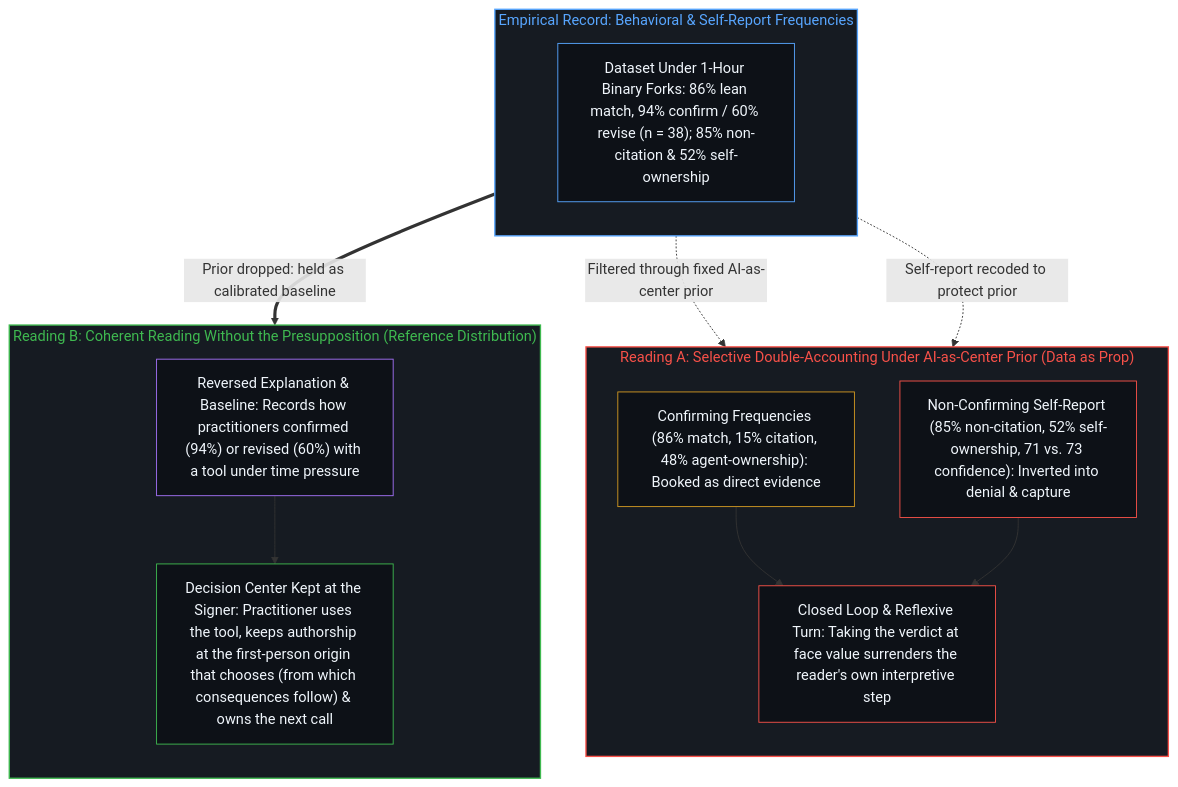
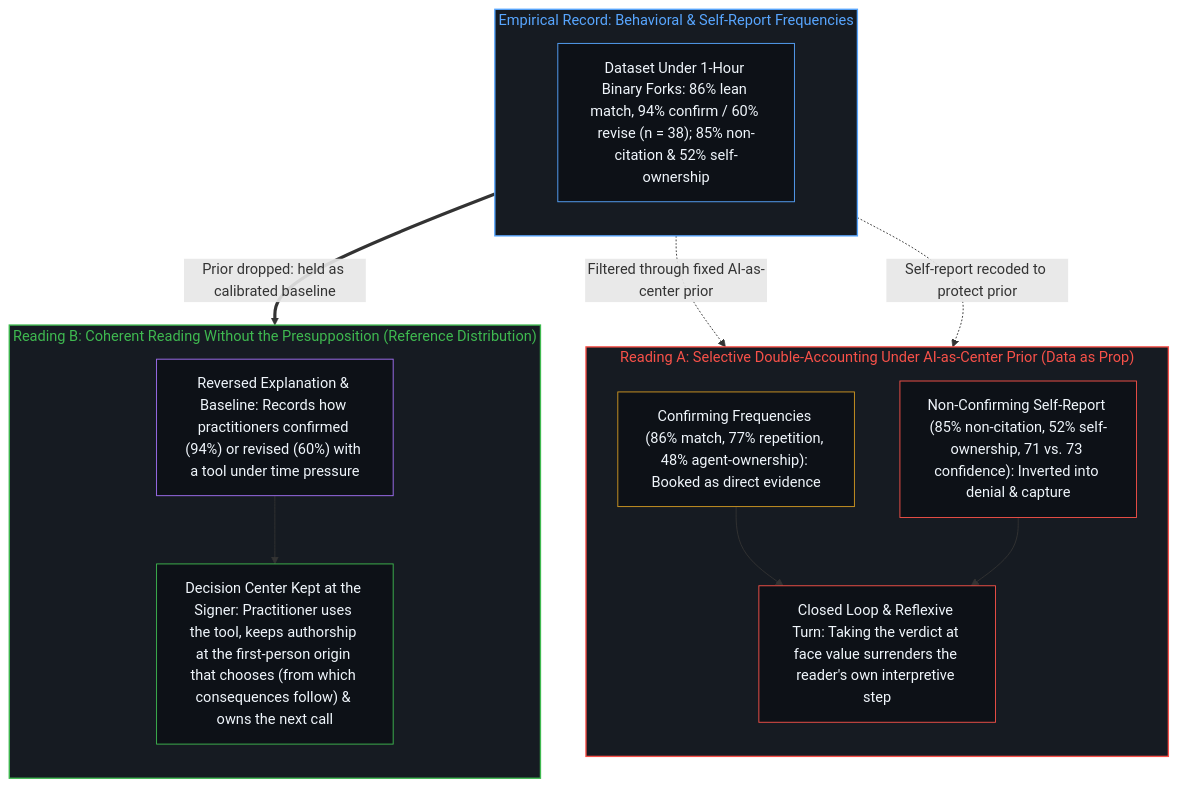
Before and after one commit to powerpig99/not-a-toe: the fourth of 4 diagrams in content/posts/agency-and-the-pattern.md, drawn with Mermaid. The commit also changed other lines of this file and 5 other files, not shown here.

````diff
--- a/content/posts/agency-and-the-pattern.md
+++ b/content/posts/agency-and-the-pattern.md
@@ -149,33 +149,33 @@
 ```mermaid
 flowchart TD
     subgraph S_Base["Empirical Record: Behavioral & Self-Report Frequencies"]
         direction TB
         B_Data["Dataset Under 1-Hour Binary Forks: 86% lean match, 94% confirm / 60% revise (n = 38); 85% non-citation & 52% self-ownership"]
     end
     subgraph S_ReadA["Reading A: Selective Double-Accounting Under AI-as-Center Prior (Data as Prop)"]
         direction TB
-        A_Conf["Confirming Frequencies (86% match, 15% citation, 48% agent-ownership): Booked as direct evidence"]
+        A_Conf["Confirming Frequencies (86% match, 77% repetition, 48% agent-ownership): Booked as direct evidence"]
         A_Deny["Non-Confirming Self-Report (85% non-citation, 52% self-ownership, 71 vs. 73 confidence): Inverted into denial & capture"]
         A_Irony["Closed Loop & Reflexive Turn: Taking the verdict at face value surrenders the reader's own interpretive step"]
         A_Conf --> A_Irony
         A_Deny --> A_Irony
     end
     subgraph S_ReadB["Reading B: Coherent Reading Without the Presupposition (Reference Distribution)"]
         direction TB
         R_Ref["Reversed Explanation & Baseline: Records how practitioners confirmed (94%) or revised (60%) with a tool under time pressure"]
         R_Center["Decision Center Kept at the Signer: Practitioner uses the tool, keeps authorship at the first-person origin that chooses (from which consequences follow) & owns the next call"]
         R_Ref --> R_Center
     end
     B_Data -.->|"Filtered through fixed AI-as-center prior"| A_Conf
     B_Data -.->|"Self-report recoded to protect prior"| A_Deny
     B_Data ==>|"Prior dropped: held as calibrated baseline"| R_Ref
     style S_Base fill:#161b22,stroke:#58a6ff,stroke-width:1.5px,color:#58a6ff
     style S_ReadA fill:#161b22,stroke:#f85149,stroke-width:1.5px,color:#f85149
     style S_ReadB fill:#161b22,stroke:#3fb950,stroke-width:1.5px,color:#3fb950
     style B_Data fill:#0d1117,stroke:#58a6ff,stroke-width:1px,color:#f0f6fc
     style A_Conf fill:#0d1117,stroke:#d29922,stroke-width:1px,color:#f0f6fc
     style A_Deny fill:#0d1117,stroke:#f85149,stroke-width:1px,color:#f0f6fc
     style A_Irony fill:#0d1117,stroke:#f85149,stroke-width:1px,color:#f0f6fc
     style R_Ref fill:#0d1117,stroke:#a371f7,stroke-width:1px,color:#f0f6fc
     style R_Center fill:#0d1117,stroke:#3fb950,stroke-width:1px,color:#f0f6fc
 ```
````
